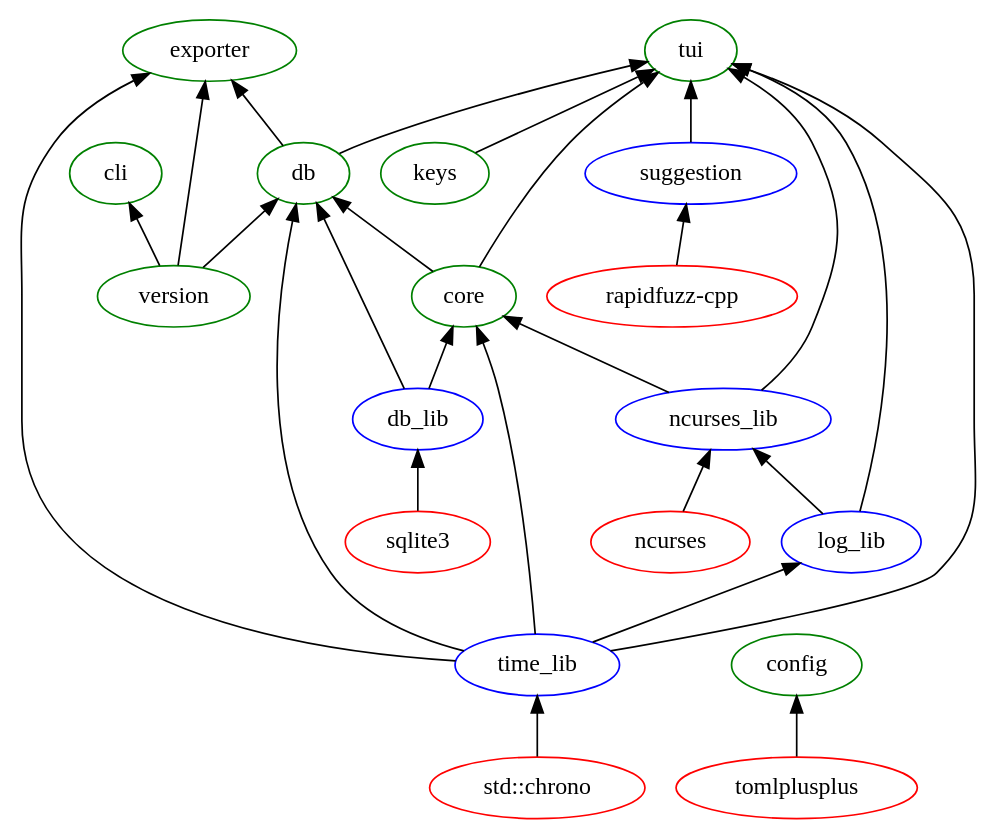
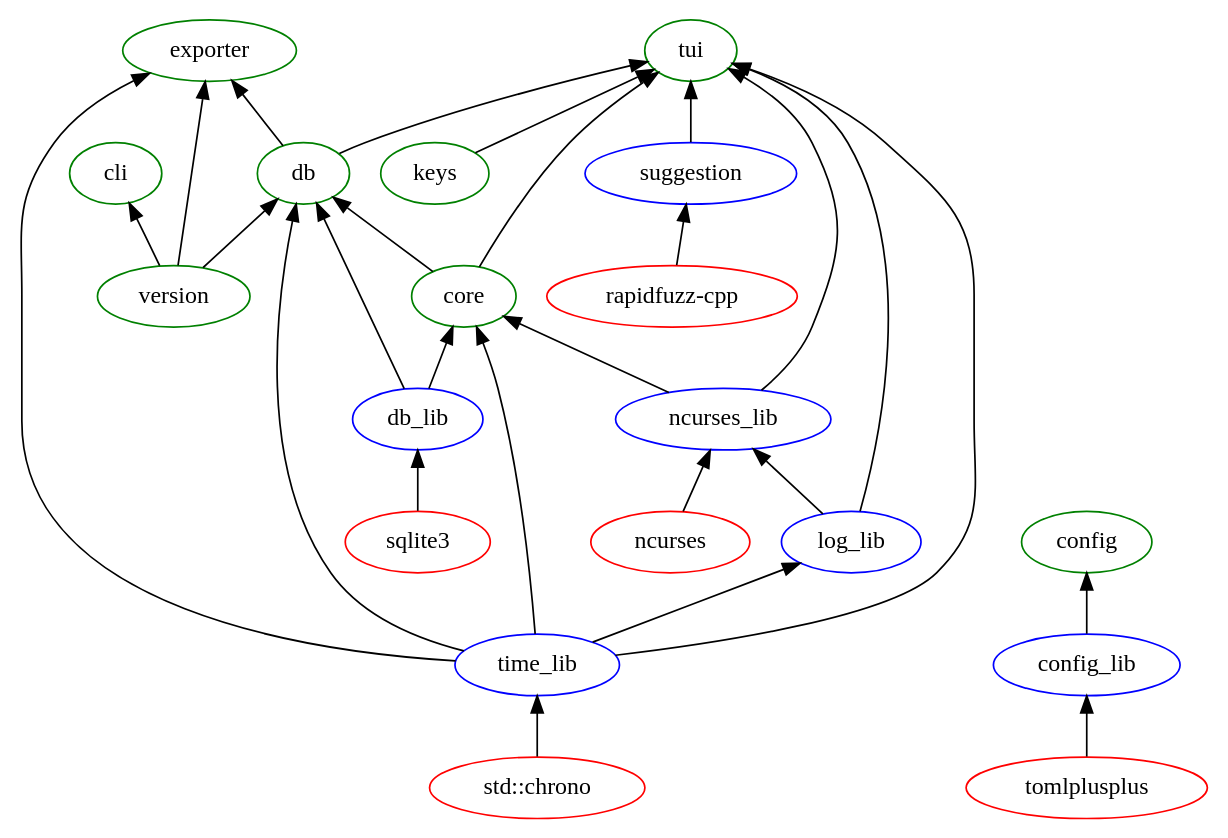
Before and after one commit to thomashoullier/timesheeting: the diagram in doc/sdd/images/modules_include/modules.gv, drawn with Graphviz. The commit also changed 6 other files, not shown here.

Commit message:
Isolated a config_lib library from the config module.

```diff
--- a/doc/sdd/images/modules_include/modules.gv
+++ b/doc/sdd/images/modules_include/modules.gv
@@ -1,35 +1,37 @@
 digraph modules {
     rankdir="BT"
     ncurses [label="ncurses", color="red"]
     sqlite [label="sqlite3", color="red"]
     tomlplusplus [label="tomlplusplus", color="red"]
     rapidfuzz [label="rapidfuzz-cpp", color="red"]
     chrono [label="std::chrono", color="red"]
     time_lib [label="time_lib", color="blue"]
     log_lib [label="log_lib", color="blue"]
     db_lib [label="db_lib", color="blue"]
     ncurses_lib [label="ncurses_lib", color="blue"]
     suggestion [label="suggestion", color="blue"]
+    config_lib [label="config_lib", color="blue"]
     version [label="version", color="green"]
     keys [label="keys", color="green"]
     core [label="core", color="green"]
     db [label="db", color="green"]
     config [label="config", color="green"]
     exporter [label="exporter", color="green"]
     cli [label="cli", color="green"]
     tui [label="tui", color="green"]
     //main [label="main"]
   
     chrono -> time_lib
     time_lib -> log_lib
     sqlite -> db_lib
     {log_lib, ncurses} -> ncurses_lib
     rapidfuzz -> suggestion
     {time_lib, ncurses_lib, db_lib} -> core
     {version, db_lib, time_lib, core} -> db
-    tomlplusplus -> config
+    tomlplusplus -> config_lib
+    config_lib -> config
     {time_lib, db, version} -> exporter
     version -> cli
     {ncurses_lib, core, suggestion, time_lib, log_lib, keys, db} -> tui
     //{keys, cli, exporter, db, time_lib, log_lib, config, version, tui} -> main
 }
```
